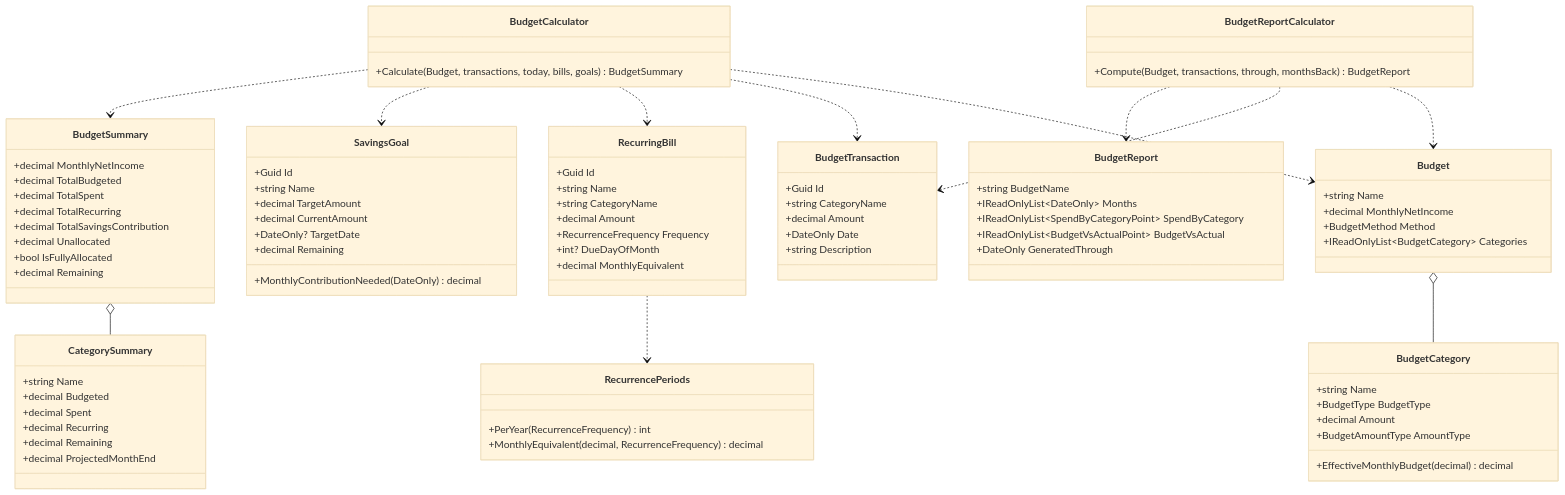
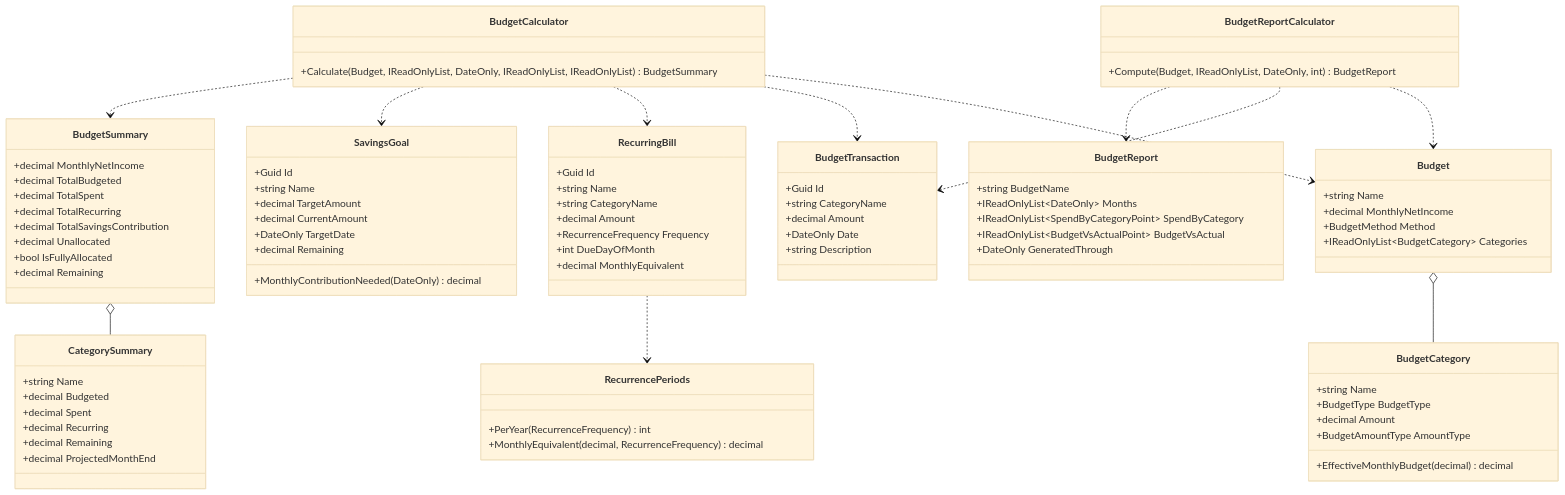
The fourth of 9 diagrams in docs/class-diagram.md (Fibonacci-0112/PaycheckCalculator), drawn with Mermaid (base theme) before and after one commit. The commit also changed other lines of this file, not shown here.

Commit message:
Tighten Mermaid class diagram syntax

```diff
--- a/docs/class-diagram.md
+++ b/docs/class-diagram.md
@@ -235,7 +231,7 @@
         +string CategoryName
         +decimal Amount
         +RecurrenceFrequency Frequency
-        +int? DueDayOfMonth
+        +int DueDayOfMonth
         +decimal MonthlyEquivalent
     }
     class SavingsGoal {
@@ -243,12 +239,12 @@
         +string Name
         +decimal TargetAmount
         +decimal CurrentAmount
-        +DateOnly? TargetDate
+        +DateOnly TargetDate
         +decimal Remaining
         +MonthlyContributionNeeded(DateOnly) decimal
     }
     class BudgetCalculator {
-        +Calculate(Budget, transactions, today, bills, goals) BudgetSummary
+        +Calculate(Budget, IReadOnlyList, DateOnly, IReadOnlyList, IReadOnlyList) BudgetSummary
     }
     class BudgetSummary {
         +decimal MonthlyNetIncome
@@ -269,7 +265,7 @@
         +decimal ProjectedMonthEnd
     }
     class BudgetReportCalculator {
-        +Compute(Budget, transactions, through, monthsBack) BudgetReport
+        +Compute(Budget, IReadOnlyList, DateOnly, int) BudgetReport
     }
     class BudgetReport {
         +string BudgetName
```
